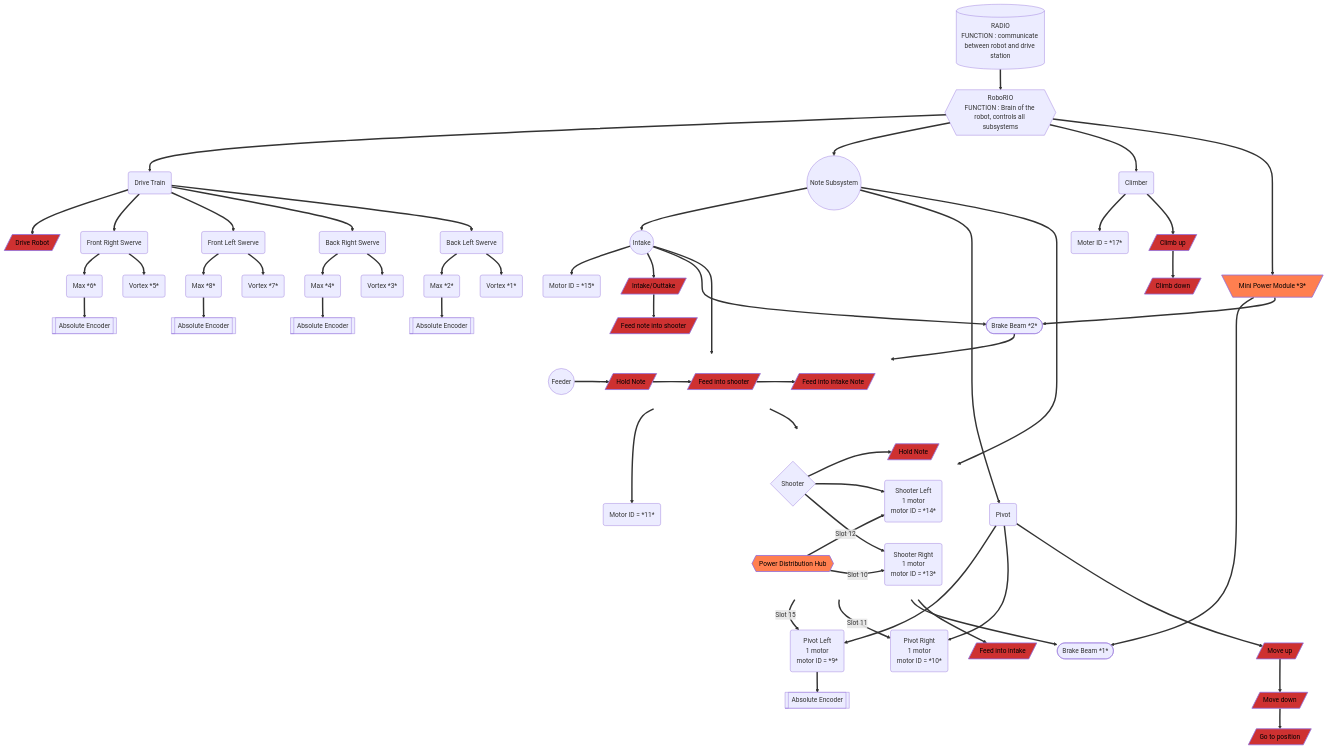
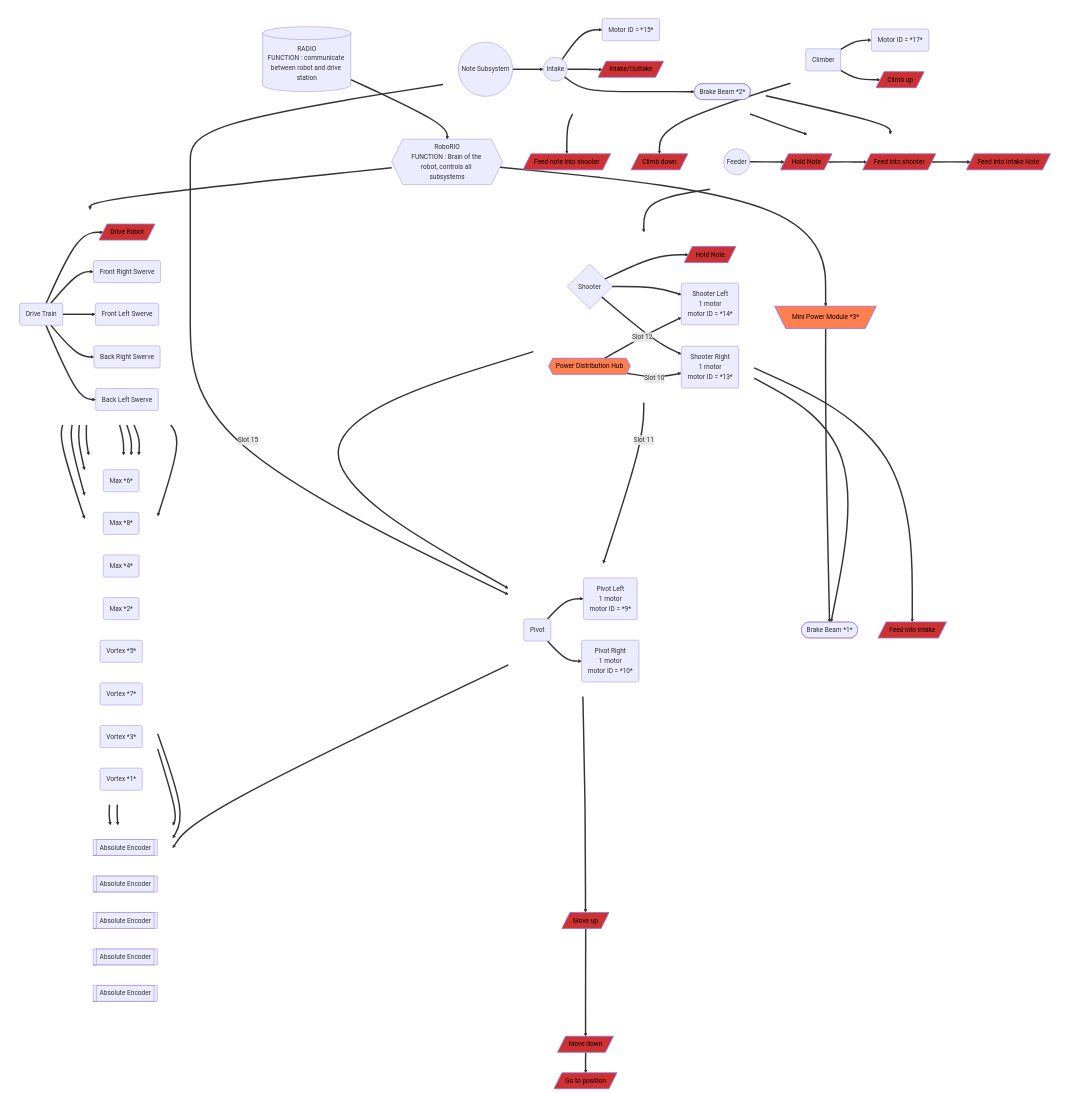
Before and after one commit to richardson-area-wide-robotics/Frc24-Crescendo-1745-OffSeason-AdvantageKit: the diagram in tony_graphs.md, drawn with Mermaid.

````diff
--- a/tony_graphs.md
+++ b/tony_graphs.md
@@ -1,7 +1,8 @@
 ```mermaid
-
 graph TD;
-    subgraph invisibleShooterGroup
+    PDH{{Power Distribution Hub}};
+    
+    subgraph ShooterGroup
         direction LR
         ShooterSystem{Shooter};
         ShooterSystem==>FUNCSHOOTER;
@@ -13,10 +14,10 @@
         ShooterSystem==>ShooterRight(Shooter Right
 1 motor
 motor ID = *13*);
-    PDH==>|Slot 10|ShooterRight
+        PDH==>|Slot 10|ShooterRight
     end
 
-subgraph invisibleFeederGroup
+    subgraph FeederGroup
         direction LR
         FeederSystem  ==>FUNCFEEDER;
         FUNCFEEDER[/Hold Note/] ==>FUNCFEEDER2;
@@ -24,52 +25,73 @@
         FUNCFEEDER3[/Feed into intake Note/];
     end
 
+    subgraph IntakeGroup
+        direction LR
+        NoteSubsystem((Note Subsystem))==>IntakeSystem((Intake));
+        IntakeSystem==>IntakeMotor(Motor ID = *15*)
+        IntakeSystem==>FeederSystem((Feeder))==>ShooterSystem;
+        IntakeSystem==>FUNCINTAKE1;
+        IntakeSystem===>BrakeBeamNote([Brake Beam *2*])==>FeederSystem;
+    end
+
+    subgraph ClimberGroup
+        direction LR
+        ClimberSystem(Climber);
+        ClimberSystem==>ClimberMotor(Motor ID = *17*);
+        ClimberSystem==>FUNCCLIMBER1;
+    end
+
+    subgraph PivotGroup
+        direction LR
+        NoteSubsystem==>PivotSystem(Pivot);
+        PivotSystem==>PivotLeft(Pivot Left
+1 motor
+motor ID = *9*);
+        PDH==>|Slot 15|PivotLeft
+        PivotSystem==>PivotRight(Pivot Right
+1 motor
+motor ID = *10*);
+        PDH==>|Slot 11|PivotRight
+    end
+
+    subgraph DriveTrainGroup
+        direction LR
+        DriveTrain(Drive Train);
+        DriveTrain==>FUNCDRIVE[/Drive Robot/];
+        DriveTrain==>FrontRightSwerve(Front Right Swerve);
+        DriveTrain==>FrontLeftSwerve(Front Left Swerve);
+        DriveTrain==>BackRightSwerve(Back Right Swerve);
+        DriveTrain==>BackLeftSwerve(Back Left Swerve);
+    end
+
+    subgraph SwerveGroup
+        direction LR
+        FrontRightSwerve==>MaxFR(Max *6*);
+        FrontLeftSwerve==>MaxFL(Max *8*);
+        BackRightSwerve==>MaxBR(Max *4*);
+        BackLeftSwerve==>MaxBL(Max *2*);
+        FrontRightSwerve==>VortexFR(Vortex *5*);
+        FrontLeftSwerve==>VortexFL(Vortex *7*);
+        BackRightSwerve==>VortexBR(Vortex *3*);
+        BackLeftSwerve==>VortexBL(Vortex *1*);
+    end
+
+    subgraph EncoderGroup
+        direction LR
+        MaxFR==>EncoderFR[[Absolute Encoder]];
+        MaxFL==>EncoderFL[[Absolute Encoder]];
+        MaxBR==>EncoderBR[[Absolute Encoder]];
+        MaxBL==>EncoderBL[[Absolute Encoder]];
+        PivotLeft==>PivotEncoder[[Absolute Encoder]];
+    end
+
+    RADIO[(RADIO
+FUNCTION : communicate between robot and drive station)]==>RoboRIO;
     RoboRIO{{RoboRIO
 FUNCTION : Brain of the robot, controls all subsystems}}==>DriveTrain;
-    DriveTrain(Drive Train);
-    DriveTrain==>FUNCDRIVE[/Drive Robot/];
-    RoboRIO==>NoteSubsystem((Note Subsystem));
-    NoteSubsystem==>IntakeSystem((Intake));
-    IntakeSystem==>IntakeMotor(Motor ID = *15*)
-    NoteSubsystem==>ShooterSystem;
-    RoboRIO==>ClimberSystem(Climber);
-    ClimberSystem==>ClimberMotor(Moter ID = *17*)
-    ClimberSystem==>FUNCCLIMBER1
-    IntakeSystem==>FeederSystem((Feeder))==>ShooterSystem;
-    FeederSystem==>FeederMoter(Motor ID = *11*)
-    IntakeSystem==>FUNCINTAKE1;
-    NoteSubsystem==>PivotSystem(Pivot);
-    PivotSystem==>PivotLeft(Pivot Left
-1 motor
-motor ID = *9*);
-    PDH==>|Slot 15|PivotLeft
-    PivotSystem==>PivotRight(Pivot Right
-1 motor
-motor ID = *10*);
-    PDH==>|Slot 11|PivotRight
-    DriveTrain==>FrontRightSwerve(Front Right Swerve);
-    DriveTrain==>FrontLeftSwerve(Front Left Swerve);
-    DriveTrain==>BackRightSwerve(Back Right Swerve);
-    DriveTrain==>BackLeftSwerve(Back Left Swerve);
-    FrontRightSwerve==>MaxFR(Max *6*);
-    FrontLeftSwerve==>MaxFL(Max *8*);
-    BackRightSwerve==>MaxBR(Max *4*);
-    BackLeftSwerve==>MaxBL(Max *2*);
-    FrontRightSwerve==>VortexFR(Vortex *5*);
-    FrontLeftSwerve==>VortexFL(Vortex *7*);
-    BackRightSwerve==>VortexBR(Vortex *3*);
-    BackLeftSwerve==>VortexBL(Vortex *1*);
-    MaxFR==>EncoderFR[[Absolute Encoder]];
-    MaxFL==>EncoderFL[[Absolute Encoder]];
-    MaxBR==>EncoderBR[[Absolute Encoder]];
-    MaxBL==>EncoderBL[[Absolute Encoder]];
-    PivotLeft==>PivotEncoder[[Absolute Encoder]];
-    IntakeSystem===>BrakeBeamNote([Brake Beam *2*])==>FeederSystem;
+    RoboRIO==>MiniPowerModule[\Mini Power Module *3*/]==>ShooterBrakeBeam;
     ShooterSystem==>ShooterBrakeBeam([Brake Beam *1*]);
-    RoboRIO==>MiniPowerModule[\Mini Power Module *3*/]==>ShooterBrakeBeam;
-    MiniPowerModule==>BrakeBeamNote;
-    RADIO[(RADIO
-FUNCTION : communicate between robot and drive station)]==>RoboRIO;
+    
     FUNCINTAKE1[/Intake/Outtake/]==>FUNCINTAKE2;
     FUNCINTAKE2[/Feed note into shooter/];
     FUNCSHOOTER[/Hold Note/] ==>FUNCSHOOTER2;
@@ -82,14 +104,11 @@
     FUNCPIVOT2[/Move down/]==>FUNCPIVOT3;
     FUNCPIVOT3[/Go to position/];
 
-    PDH{{Power Distribution Hub}};
-
-
     classDef fuctionStyle fill:#ce3131,stroke-width:2px,color:#000;
     class FUNCINTAKE1,FUNCINTAKE2,FUNCINTAKE3,FUNCBREAKBEAM,FUNCFEEDER,FUNCFEEDER2,FUNCFEEDER3,FUNCSHOOTER,FUNCSHOOTER2,FUNCSHOOTER3,FUNCDRIVE,FUNCPIVOT1,FUNCPIVOT2,FUNCPIVOT3,FUNCCLIMBER1,FUNCCLIMBER2 fuctionStyle;
 
     classDef invisible fill:none,stroke:none,color:transparent;
-    class invisibleShooterGroup,invisibleFeederGroup invisible;
+    class invisibleShooterGroup,invisibleFeederGroup,IntakeGroup,FeederGroup,ShooterGroup,PivotGroup,DriveTrainGroup,EncoderGroup,SwerveGroup,ClimberGroup invisible;
 
     classDef powerStyle fill:#ff7f50,stroke-width:2px,color:#000;
     class PDH,MiniPowerModule powerStyle;
@@ -97,4 +116,5 @@
     linkStyle default interpolate basis;
 
 
+
 ```
````
